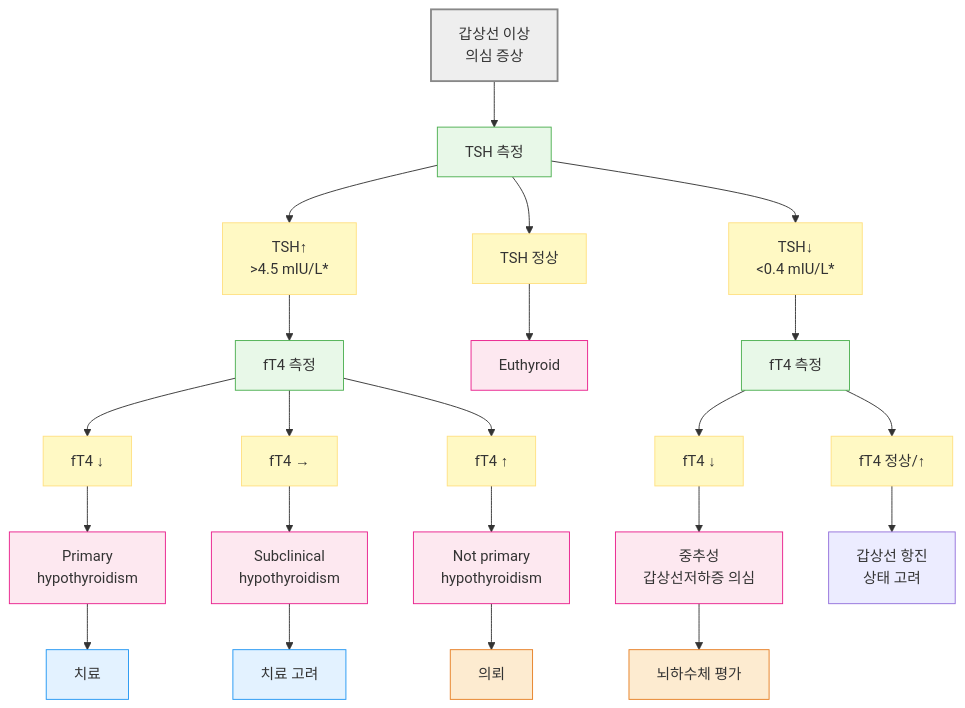
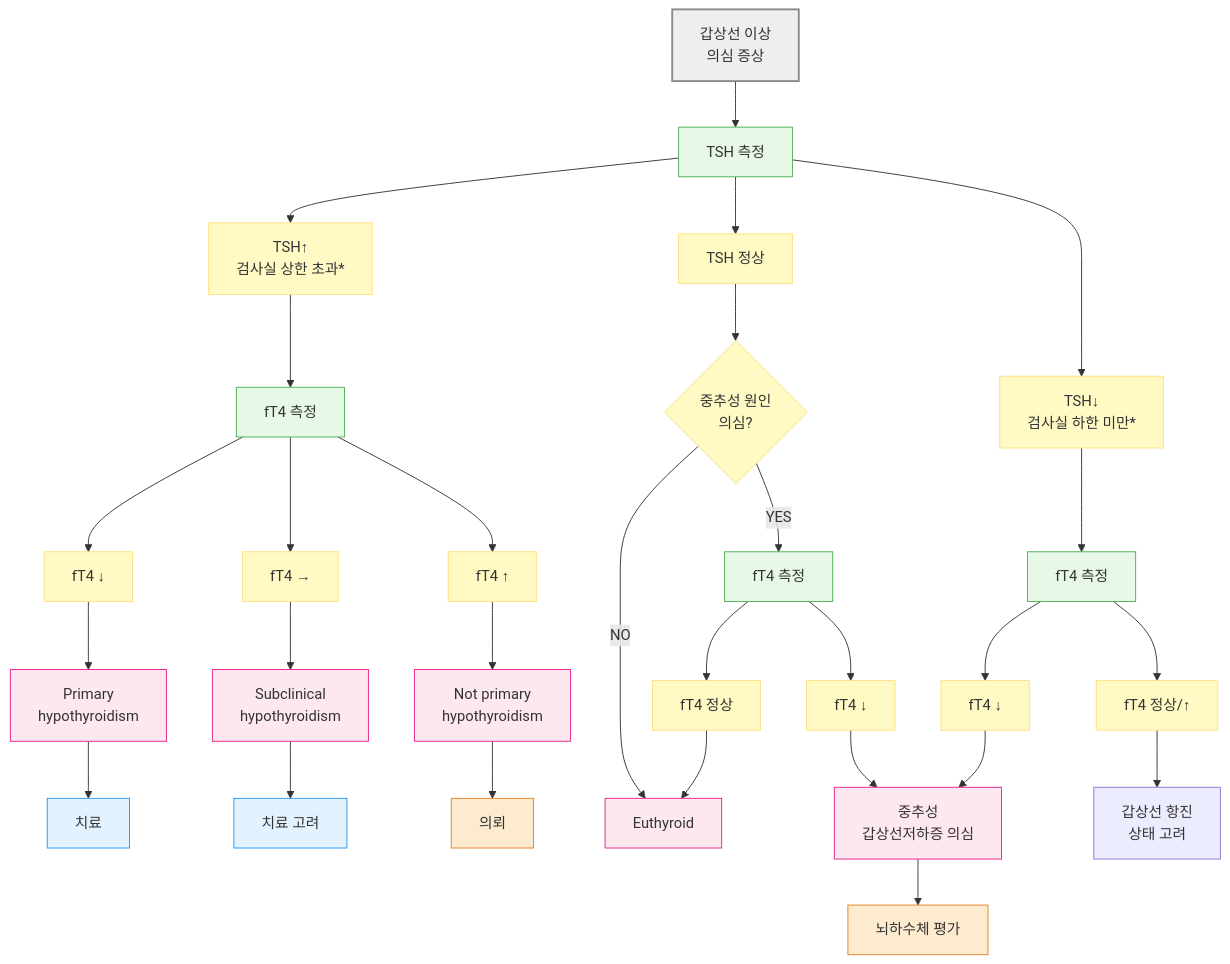
One commit to familyoh77/familyoh77 changed the first of 2 diagrams in 226_/105_-hypothyroidism.md. Above: the diagram before and after it, drawn with Mermaid. The commit also changed other lines of this file, not shown here.

````diff
--- a/226_/105_-hypothyroidism.md
+++ b/226_/105_-hypothyroidism.md
@@ -88,44 +88,50 @@
 ```mermaid
 flowchart TD
     %% Nodes
     Start["갑상선 이상<br>의심 증상"] --> TSH["TSH 측정"]
 
     %% TSH Branches
-    TSH --> TSH_High["TSH↑<br>>4.5 mIU/L*"]
+    TSH --> TSH_High["TSH↑<br>검사실 상한 초과*"]
     TSH --> TSH_Normal["TSH 정상"]
-    TSH --> TSH_Low["TSH↓<br><0.4 mIU/L*"]
+    TSH --> TSH_Low["TSH↓<br>검사실 하한 미만*"]
 
     %% TSH High Path
     TSH_High --> FT4_Meas["fT4 측정"]
     FT4_Meas --> FT4_Low["fT4 ↓"]
     FT4_Meas --> FT4_Normal["fT4 →"]
     FT4_Meas --> FT4_High["fT4 ↑"]
 
     FT4_Low --> Primary_Hypo["Primary<br>hypothyroidism"] --> Tx["치료"]
     FT4_Normal --> Sub_Hypo["Subclinical<br>hypothyroidism"] --> Tx_Consider["치료 고려"]
     FT4_High --> Not_Primary["Not primary<br>hypothyroidism"] --> Referral["의뢰"]
 
     %% TSH Normal Path
-    TSH_Normal --> Euthyroid["Euthyroid"]
+    TSH_Normal --> CentralRisk{"중추성 원인<br>의심?"}
+    CentralRisk -->|NO| Euthyroid["Euthyroid"]
+    CentralRisk -->|YES| FT4_Meas3["fT4 측정"]
+    FT4_Meas3 --> FT4_Low3["fT4 ↓"]
+    FT4_Meas3 --> FT4_Normal3["fT4 정상"]
+    FT4_Low3 --> Central_Hypo
+    FT4_Normal3 --> Euthyroid
 
     %% TSH Low Path
     TSH_Low --> FT4_Meas2["fT4 측정"]
     FT4_Meas2 --> FT4_Low2["fT4 ↓"]
     FT4_Meas2 --> FT4_NotLow["fT4 정상/↑"]
 
     FT4_Low2 --> Central_Hypo["중추성<br>갑상선저하증 의심"] --> Referral2["뇌하수체 평가"]
     FT4_NotLow --> Hyper_Consider["갑상선 항진<br>상태 고려"]
 
     %% Styling (Optional)
 style Start fill:#eeeeee,stroke:#888888,stroke-width:2px
 classDef lightGreen fill:#e8f8e8,stroke:#4caf50
-class TSH,FT4_Meas,FT4_Meas2 lightGreen
+class TSH,FT4_Meas,FT4_Meas2,FT4_Meas3 lightGreen
 classDef yellow fill:#fff9c4,stroke:#ffe082
-class TSH_High,TSH_Normal,TSH_Low,FT4_Low,FT4_Normal,FT4_High,FT4_Low2,FT4_NotLow yellow
+class TSH_High,TSH_Normal,TSH_Low,FT4_Low,FT4_Normal,FT4_High,FT4_Low2,FT4_NotLow,CentralRisk,FT4_Low3,FT4_Normal3 yellow
 classDef pink fill:#fde8f0,stroke:#e91e8c
 class Primary_Hypo,Sub_Hypo,Not_Primary,Euthyroid,Central_Hypo pink
 classDef sky fill:#e3f2ff,stroke:#2196f3
 class Tx,Tx_Consider sky
 style Referral fill:#fdebd0,stroke:#e67e22
 style Referral2 fill:#fdebd0,stroke:#e67e22
 ```
````
